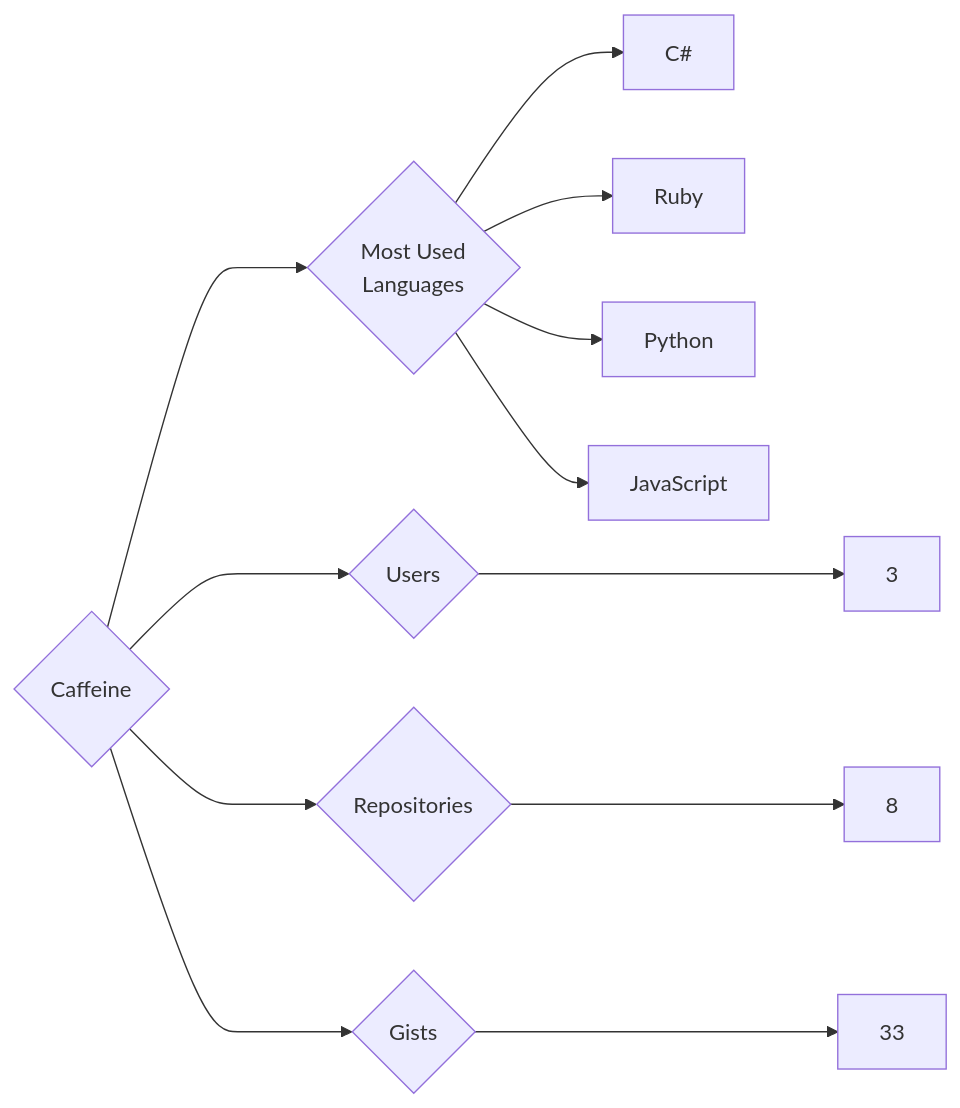
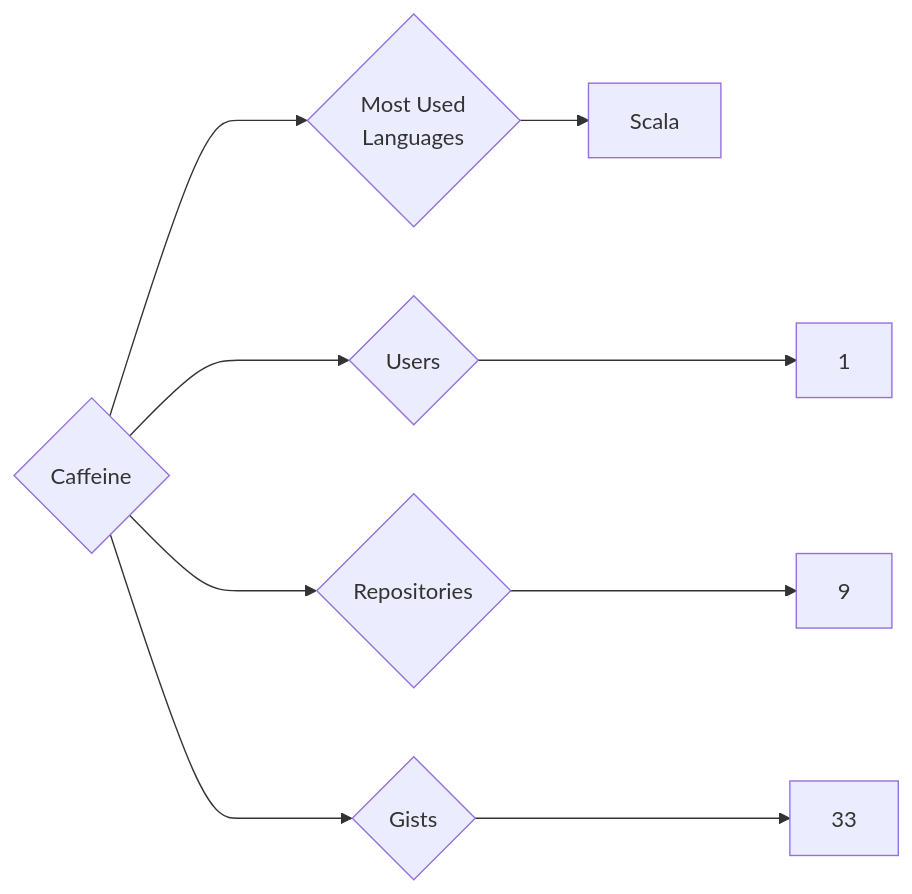
Before and after one commit to trickest/insiders: the diagram in targets/Caffeine/README.md, drawn with Mermaid. The commit also changed 865 other files, not shown here.

````diff
--- a/targets/Caffeine/README.md
+++ b/targets/Caffeine/README.md
@@ -3,12 +3,9 @@
 ```mermaid
 graph LR
 COMPANY_NAME{Caffeine}
-COMPANY_NAME ---> U{Users} ---> UN[3]
-COMPANY_NAME ---> R{Repositories} ---> RN[8]
+COMPANY_NAME ---> U{Users} ---> UN[1]
+COMPANY_NAME ---> R{Repositories} ---> RN[9]
 COMPANY_NAME ---> G{Gists} ---> GN[33]
 COMPANY_NAME ---> ML{Most Used<br>Languages}
-ML --> C#[C#]
-ML --> Ruby[Ruby]
-ML --> Python[Python]
-ML --> JavaScript[JavaScript]
+ML --> Scala[Scala]
 ```
````
